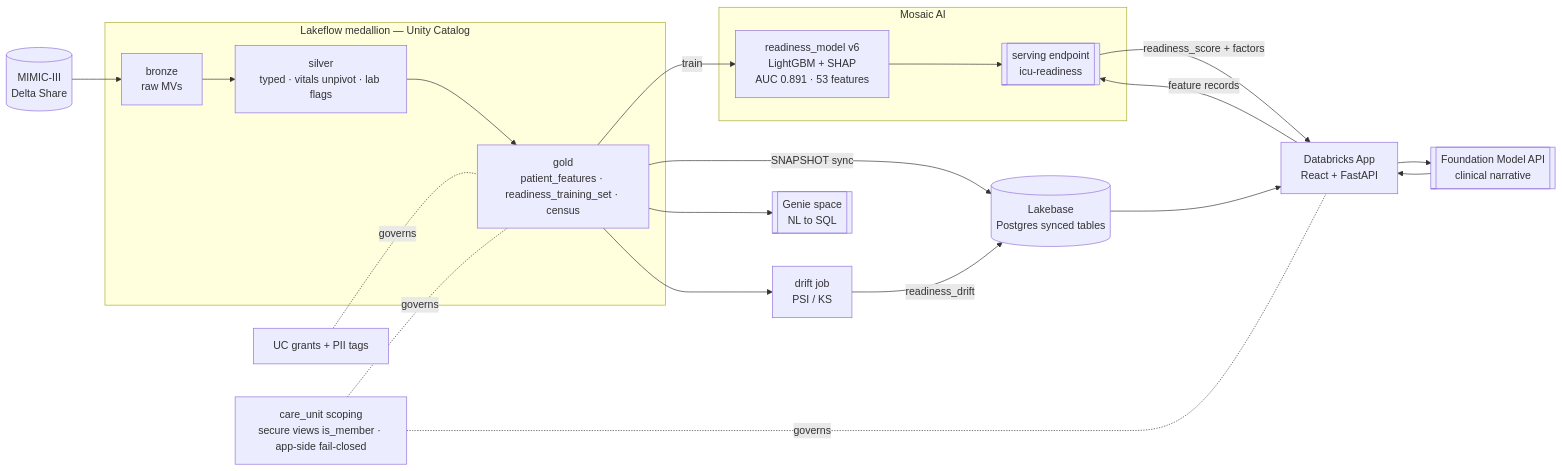
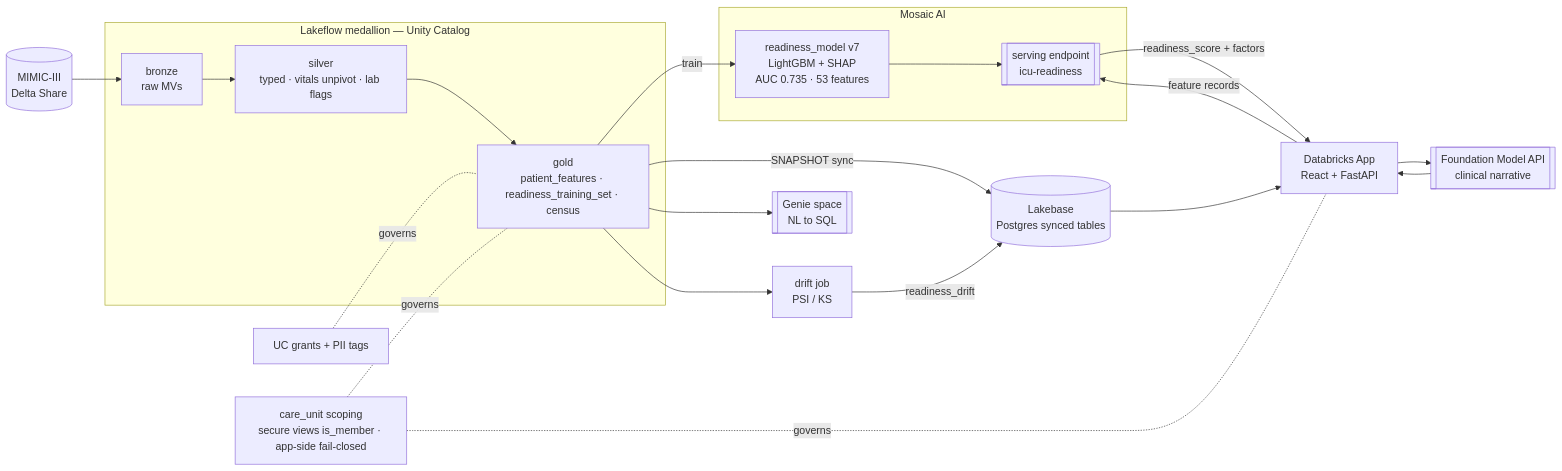
Before and after one commit to mattslack-db/icu-step-down-readiness: the diagram in evidence/architecture.md, drawn with Mermaid. The commit also changed other lines of this file and 34 other files, not shown here.

````diff
--- a/evidence/architecture.md
+++ b/evidence/architecture.md
@@ -11,38 +11,38 @@
 ```mermaid
 flowchart LR
   M[(MIMIC-III<br/>Delta Share)]
   subgraph Lakeflow["Lakeflow medallion — Unity Catalog"]
     B[bronze<br/>raw MVs]
     S[silver<br/>typed · vitals unpivot · lab flags]
     G[gold<br/>patient_features · readiness_training_set · census]
     B --> S --> G
   end
   subgraph ML["Mosaic AI"]
-    MODEL[readiness_model v6<br/>LightGBM + SHAP<br/>AUC 0.891 · 53 features]
+    MODEL[readiness_model v7<br/>LightGBM + SHAP<br/>AUC 0.735 · 53 features]
     EP[[serving endpoint<br/>icu-readiness]]
     MODEL --> EP
   end
   FM[[Foundation Model API<br/>clinical narrative]]
   GEN[[Genie space<br/>NL to SQL]]
   LB[(Lakebase<br/>Postgres synced tables)]
   APP[Databricks App<br/>React + FastAPI]
   DRIFT[drift job<br/>PSI / KS]
 
   M --> B
   G -->|train| MODEL
   G -->|SNAPSHOT sync| LB
   G --> GEN
   G --> DRIFT
   LB --> APP
   APP -->|feature records| EP
   EP -->|readiness_score + factors| APP
   APP --> FM
   FM --> APP
   DRIFT -->|readiness_drift| LB
 
   UC[UC grants + PII tags]
   RLS[care_unit scoping<br/>secure views is_member · app-side fail-closed]
   UC -.governs.- G
   RLS -.governs.- G
   RLS -.governs.- APP
 ```
````
